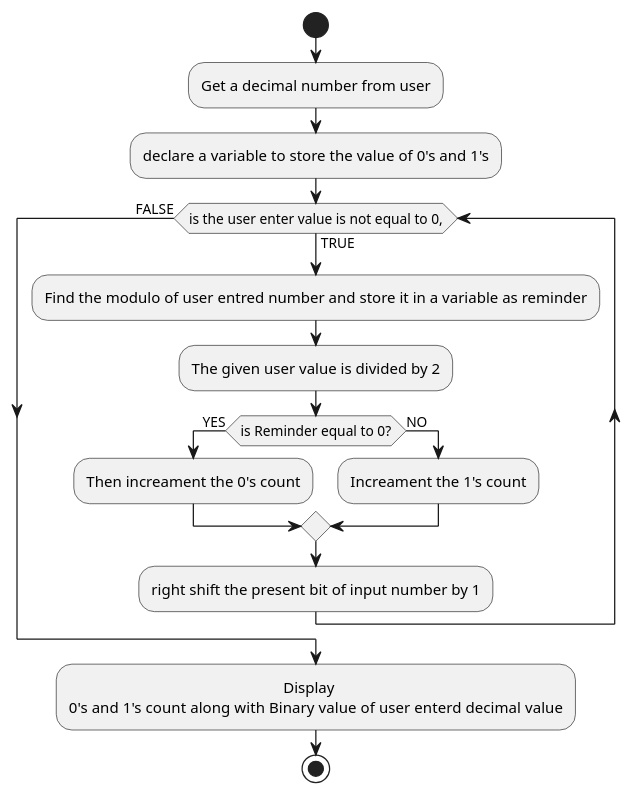
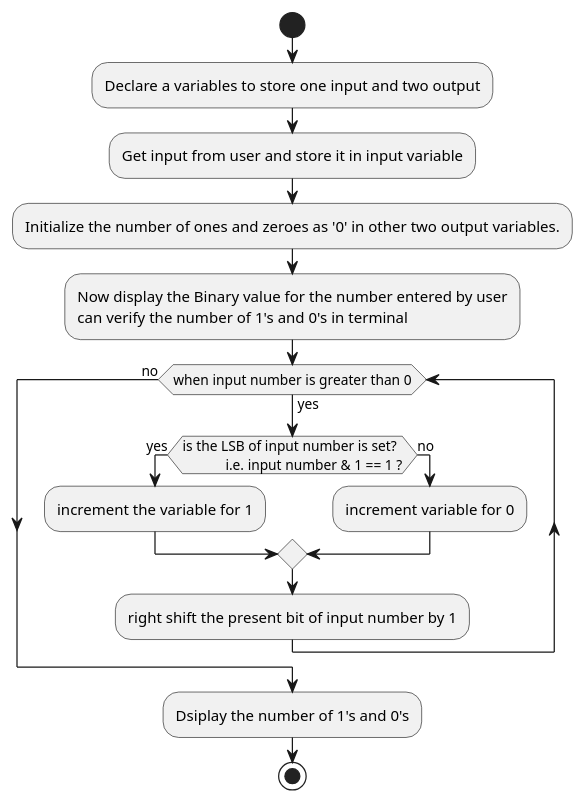
One commit to AthiMCCI/decimal-number changed the diagram in assets/ones-and-zeros-in-a-given-decimal-number.plantuml.plantuml. Above: the diagram before and after it, drawn with PlantUML. The commit also changed 3 other files, not shown here.

```diff
--- a/assets/ones-and-zeros-in-a-given-decimal-number.plantuml.plantuml
+++ b/assets/ones-and-zeros-in-a-given-decimal-number.plantuml.plantuml
@@ -1,24 +1,22 @@
-@startuml " decimal-number"
+@startuml
+
 start
-:Get a decimal number from user;
-:declare a variable to store the value of 0's and 1's;
 
-
-while (is the user enter value is not equal to 0,) is (TRUE)
-  :Find the modulo of user entred number and store it in a variable as reminder;
-  :The given user value is divided by 2;
-  
-  if (is Reminder equal to 0?) then (YES)
-  :Then increament the 0's count;
-else (NO)
-  :Increament the 1's count;
-endif 
+:Declare a variables to store one input and two output;
+:Get input from user and store it in input variable;
+:Initialize the number of ones and zeroes as '0' in other two output variables.;
+:Now display the Binary value for the number entered by user
+can verify the number of 1's and 0's in terminal;
+while (when input number is greater than 0) is (yes)
+    if (is the LSB of input number is set?\n            i.e. input number & 1 == 1 ?) then (yes)
+    :increment the variable for 1;
+    else (no)
+    :increment variable for 0;
+    endif
 :right shift the present bit of input number by 1;
-
-endwhile (FALSE)
-:                                                       Display
-0's  and 1's count along with Binary value of user enterd decimal value;
-
+endwhile (no)
+:Dsiplay the number of 1's and 0's;
 
 stop
+
 @enduml
```
